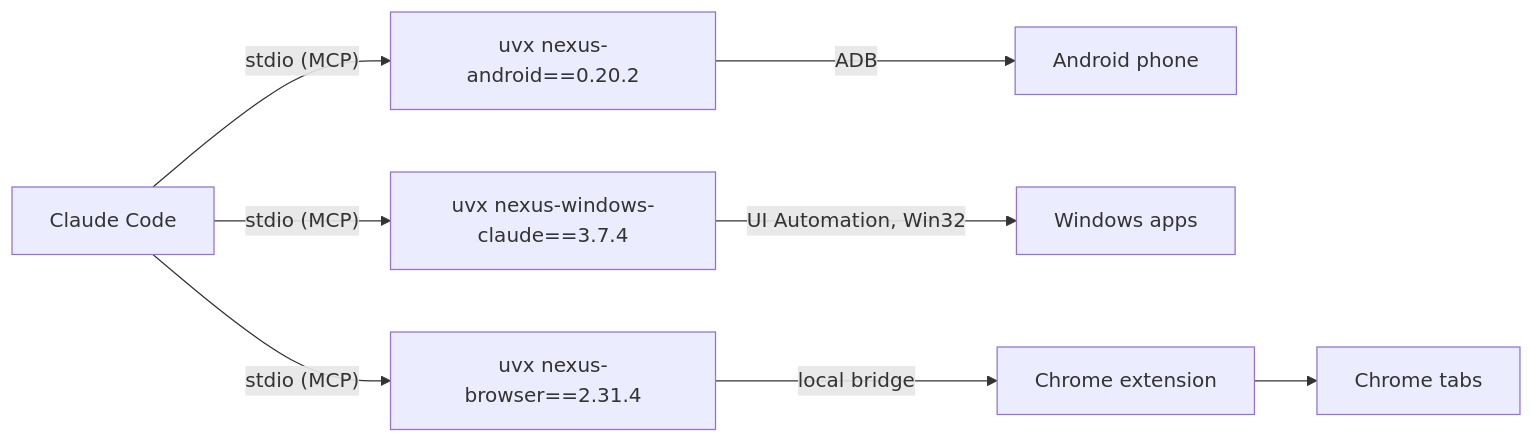
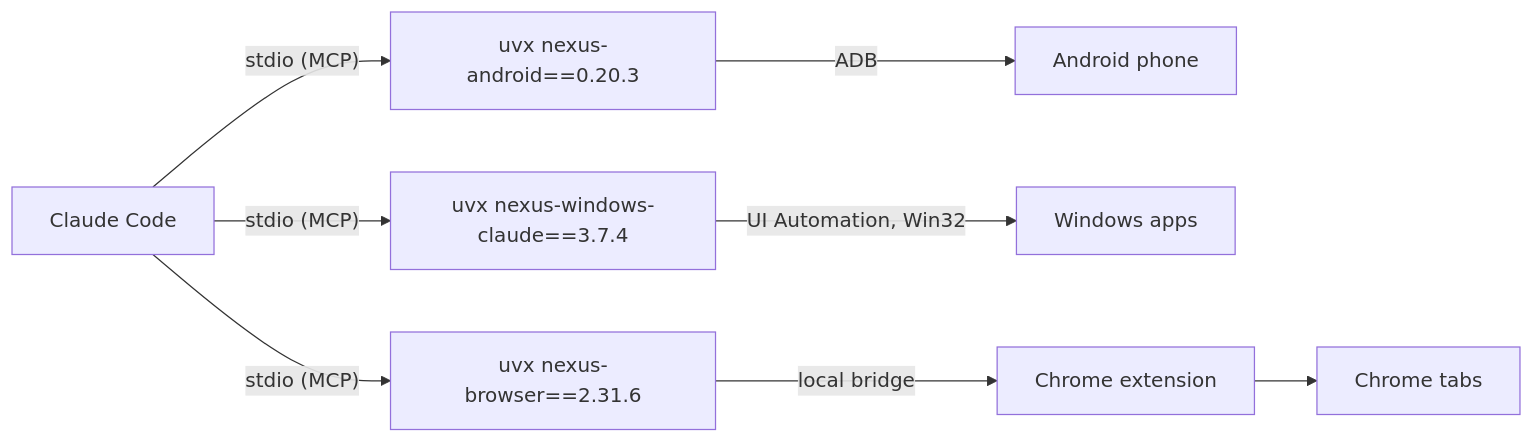
Before and after one commit to pironjulien/NexusSystem: the diagram in README.md, drawn with Mermaid. The commit also changed other lines of this file and 35 other files, not shown here.

````diff
--- a/README.md
+++ b/README.md
@@ -140,6 +144,6 @@
 ```mermaid
 flowchart LR
-    C["Claude Code"] -- "stdio (MCP)" --> A["uvx nexus-android==0.20.2"] -- ADB --> P["Android phone"]
+    C["Claude Code"] -- "stdio (MCP)" --> A["uvx nexus-android==0.20.3"] -- ADB --> P["Android phone"]
     C -- "stdio (MCP)" --> W["uvx nexus-windows-claude==3.7.4"] -- "UI Automation, Win32" --> D["Windows apps"]
-    C -- "stdio (MCP)" --> B["uvx nexus-browser==2.31.4"] -- "local bridge" --> E["Chrome extension"] --> T["Chrome tabs"]
+    C -- "stdio (MCP)" --> B["uvx nexus-browser==2.31.6"] -- "local bridge" --> E["Chrome extension"] --> T["Chrome tabs"]
 ```
````
